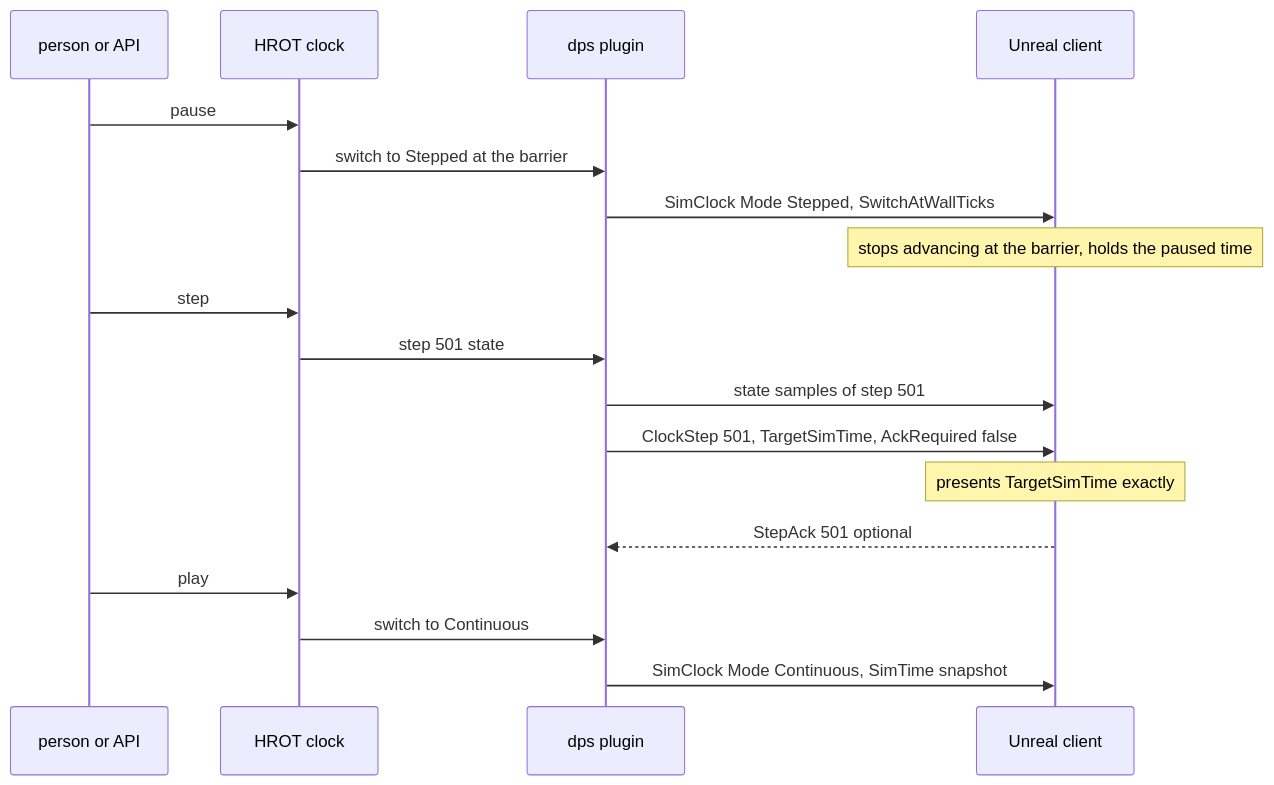
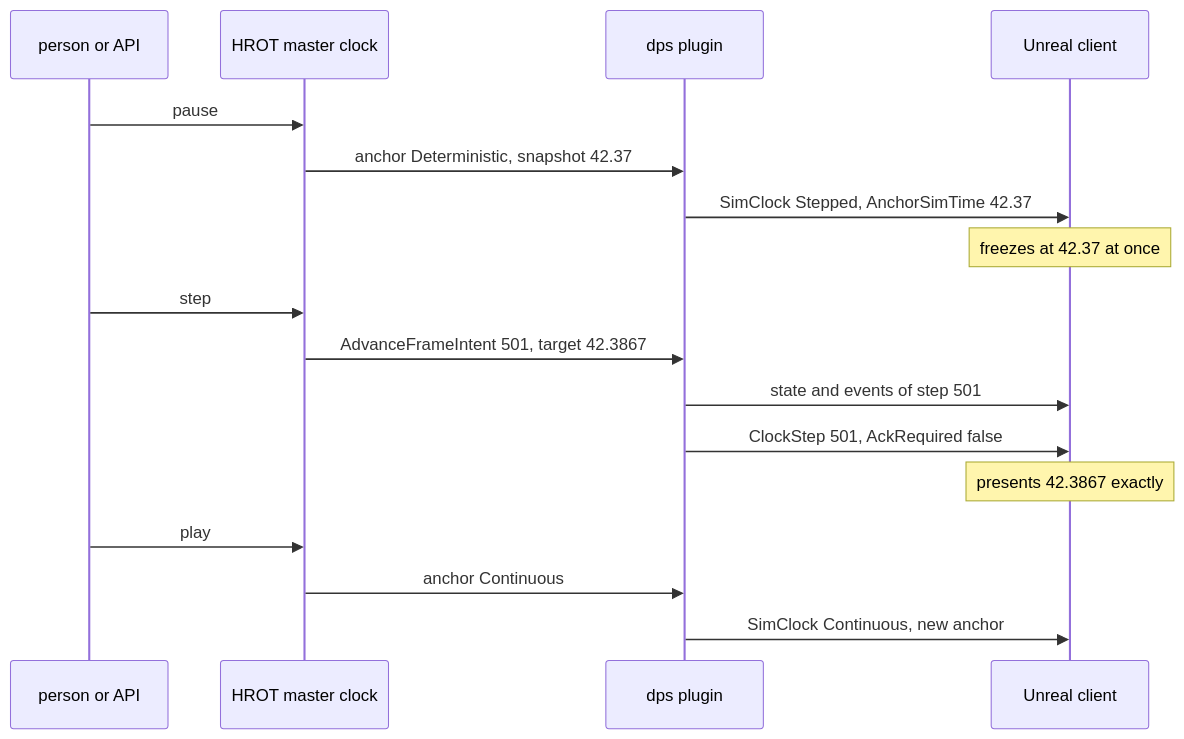
The fourth of 6 diagrams in docs/design/DD-022-Dps-Director-Rendering.md (pjanec/SimNetGateway), drawn with Mermaid before and after one commit. The commit also changed other lines of this file and 3 other files, not shown here.

First line of the commit message:
T-039: DD-022 rev 3 - HROT's time sync measured (anchors, no pulse), the soundtrack built on sim time, the Unreal session's findings

````diff
--- a/docs/design/DD-022-Dps-Director-Rendering.md
+++ b/docs/design/DD-022-Dps-Director-Rendering.md
@@ -333,20 +368,19 @@
 ```mermaid
 sequenceDiagram
     participant P as person or API
-    participant H as HROT clock
+    participant H as HROT master clock
     participant G as dps plugin
     participant U as Unreal client
     P->>H: pause
-    H->>G: switch to Stepped at the barrier
-    G->>U: SimClock Mode Stepped, SwitchAtWallTicks
-    Note over U: stops advancing at the barrier, holds the paused time
+    H->>G: anchor Deterministic, snapshot 42.37
+    G->>U: SimClock Stepped, AnchorSimTime 42.37
+    Note over U: freezes at 42.37 at once
     P->>H: step
-    H->>G: step 501 state
-    G->>U: state samples of step 501
-    G->>U: ClockStep 501, TargetSimTime, AckRequired false
-    Note over U: presents TargetSimTime exactly
-    U-->>G: StepAck 501 optional
+    H->>G: AdvanceFrameIntent 501, target 42.3867
+    G->>U: state and events of step 501
+    G->>U: ClockStep 501, AckRequired false
+    Note over U: presents 42.3867 exactly
     P->>H: play
-    H->>G: switch to Continuous
-    G->>U: SimClock Mode Continuous, SimTime snapshot
+    H->>G: anchor Continuous
+    G->>U: SimClock Continuous, new anchor
 ```
````
